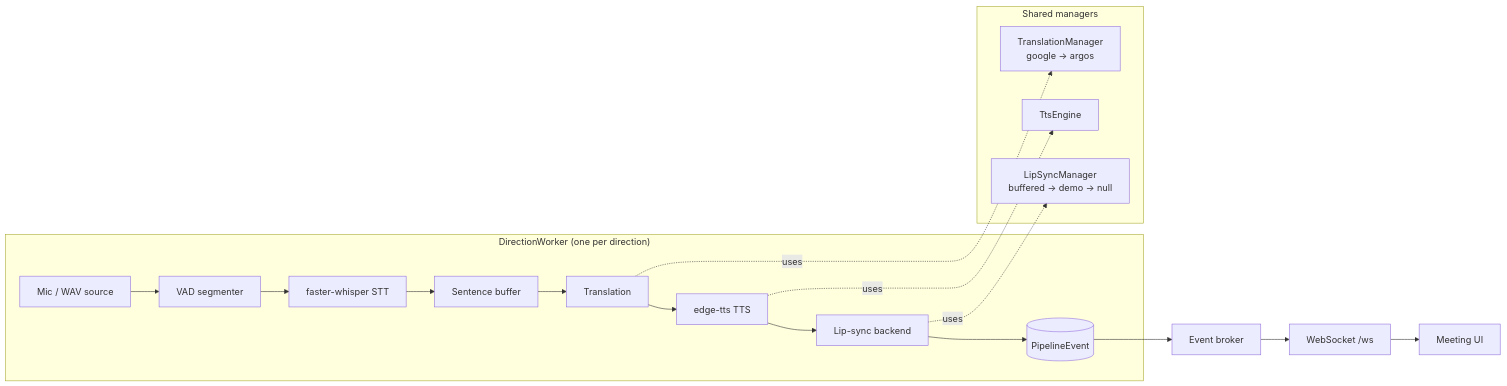
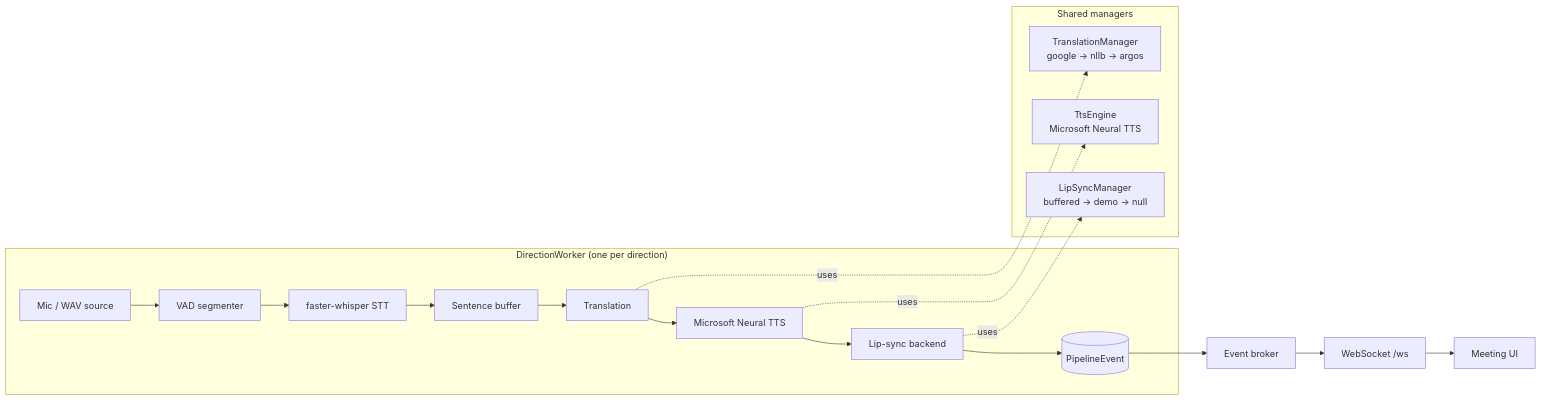
Before and after one commit to aminturabi/VoiceBridge-AI: the first of 2 diagrams in README.md, drawn with Mermaid. The commit also changed other lines of this file and 25 other files, not shown here.

````diff
--- a/README.md
+++ b/README.md
@@ -22,26 +22,26 @@
 ```mermaid
 flowchart LR
     subgraph Direction["DirectionWorker (one per direction)"]
         MIC[Mic / WAV source] --> VAD[VAD segmenter]
         VAD --> STT[faster-whisper STT]
         STT --> BUF[Sentence buffer]
         BUF --> TR[Translation]
-        TR --> TTS[edge-tts TTS]
+        TR --> TTS[Microsoft Neural TTS]
         TTS --> LIP[Lip-sync backend]
         LIP --> EV[(PipelineEvent)]
     end
 
     EV --> BROKER[Event broker]
     BROKER --> WS[WebSocket /ws]
     WS --> UI[Meeting UI]
 
     subgraph Shared["Shared managers"]
-        TRM[TranslationManager<br/>google -> argos]
-        TTSM[TtsEngine]
+        TRM[TranslationManager<br/>google -> nllb -> argos]
+        TTSM[TtsEngine<br/>Microsoft Neural TTS]
         LIPM[LipSyncManager<br/>buffered -> demo -> null]
     end
 
     TR -.uses.-> TRM
     TTS -.uses.-> TTSM
     LIP -.uses.-> LIPM
 ```
````
